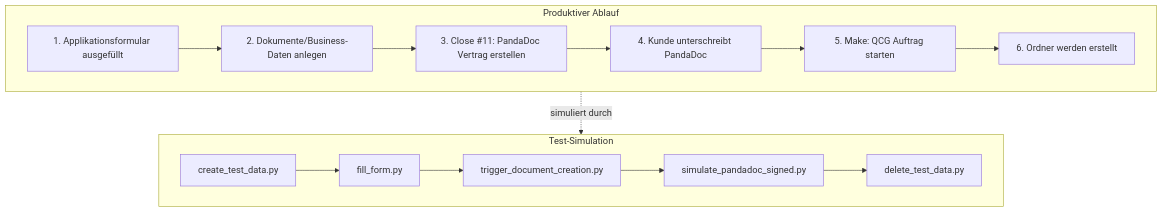
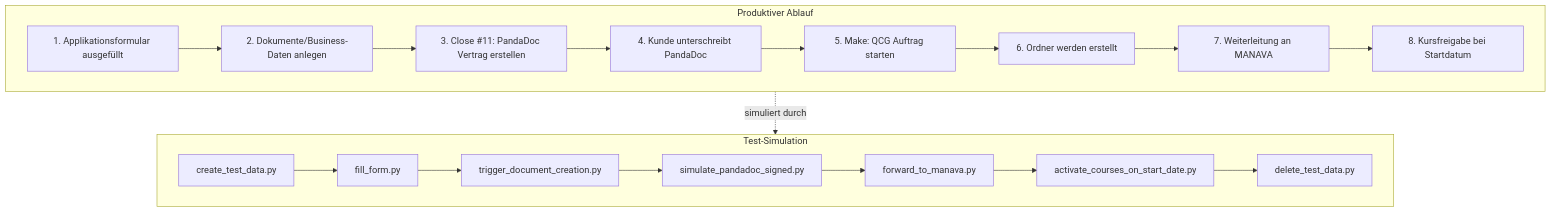
One commit to dominiquera/izb-testing-suite changed the first of 2 diagrams in docs/PROCESS_FLOW.md. Above: the diagram before and after it, drawn with Mermaid. The commit also changed other lines of this file and 7 other files, not shown here.

````diff
--- a/docs/PROCESS_FLOW.md
+++ b/docs/PROCESS_FLOW.md
@@ -5,25 +5,29 @@
 ```mermaid
 flowchart TD
     subgraph prod["Produktiver Ablauf"]
         P1["1. Applikationsformular ausgefüllt"]
         P2["2. Dokumente/Business-Daten anlegen"]
         P3["3. Close #11: PandaDoc Vertrag erstellen"]
         P4["4. Kunde unterschreibt PandaDoc"]
         P5["5. Make: QCG Auftrag starten"]
         P6["6. Ordner werden erstellt"]
+        P7["7. Weiterleitung an MANAVA"]
+        P8["8. Kursfreigabe bei Startdatum"]
 
-        P1 --> P2 --> P3 --> P4 --> P5 --> P6
+        P1 --> P2 --> P3 --> P4 --> P5 --> P6 --> P7 --> P8
     end
 
     subgraph test["Test-Simulation"]
         T1["create_test_data.py"]
         T2["fill_form.py"]
         T3["trigger_document_creation.py"]
         T4["simulate_pandadoc_signed.py"]
-        T5["delete_test_data.py"]
+        T5["forward_to_manava.py"]
+        T6["activate_courses_on_start_date.py"]
+        T7["delete_test_data.py"]
 
-        T1 --> T2 --> T3 --> T4 --> T5
+        T1 --> T2 --> T3 --> T4 --> T5 --> T6 --> T7
     end
 
     prod -.->|"simuliert durch"| test
 ```
````
